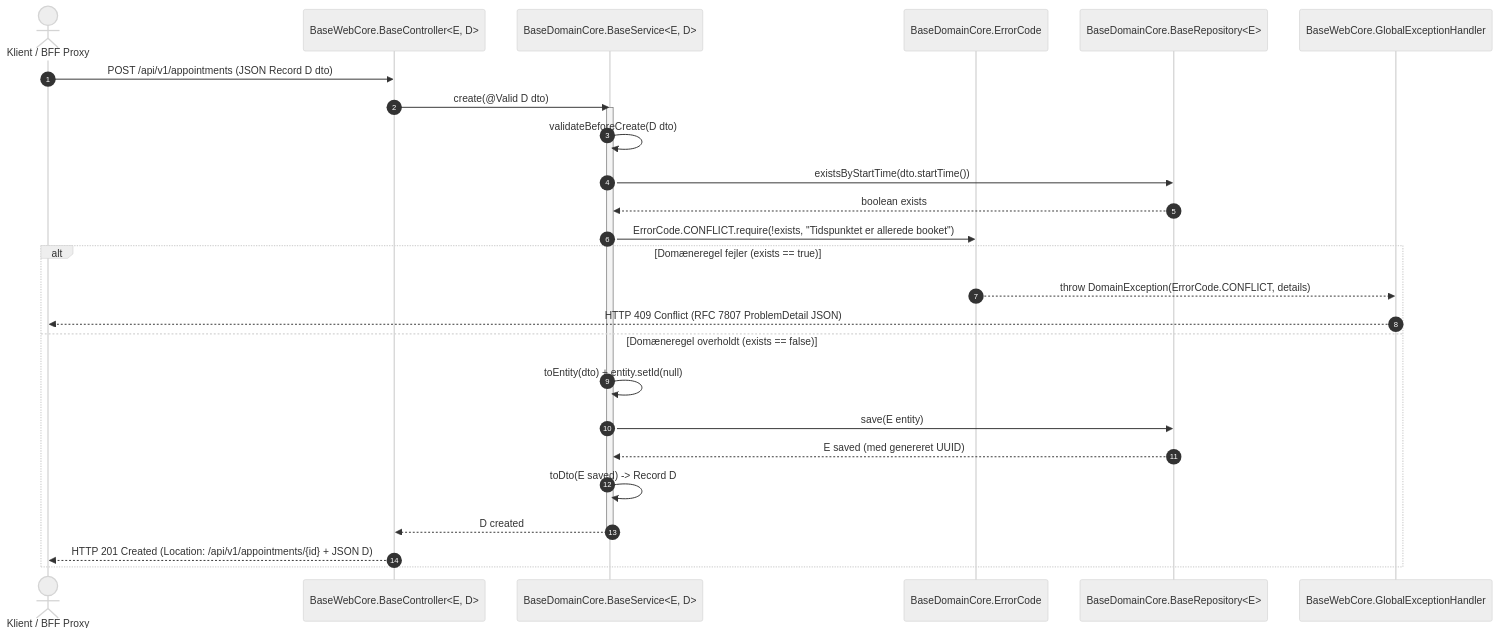
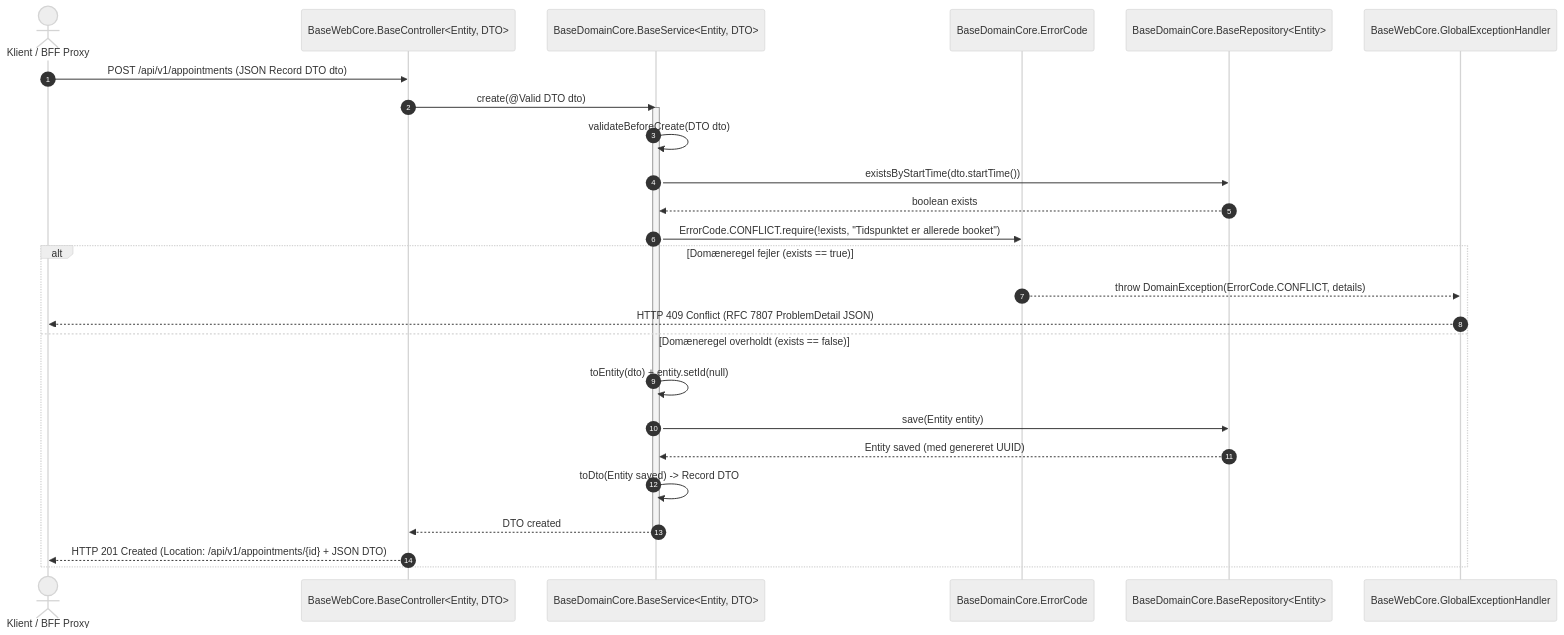
The tenth of 24 diagrams in HOVEDOPGAVE_DIAGRAMMER.md (7-3-N-3-7/api), drawn with Mermaid (neutral theme) before and after one commit. The commit also changed other lines of this file and 64 other files, not shown here.

First line of the commit message:
fix github pages diagrams (#104)

````diff
--- a/HOVEDOPGAVE_DIAGRAMMER.md
+++ b/HOVEDOPGAVE_DIAGRAMMER.md
@@ -532,30 +532,30 @@
 ```mermaid
 sequenceDiagram
     autonumber
     actor Caller as Klient / BFF Proxy
-    participant Ctrl as BaseWebCore.BaseController<E, D>
-    participant Svc as BaseDomainCore.BaseService<E, D>
+    participant Ctrl as BaseWebCore.BaseController<Entity, DTO>
+    participant Svc as BaseDomainCore.BaseService<Entity, DTO>
     participant Guard as BaseDomainCore.ErrorCode
-    participant Repo as BaseDomainCore.BaseRepository<E>
+    participant Repo as BaseDomainCore.BaseRepository<Entity>
     participant Advice as BaseWebCore.GlobalExceptionHandler
 
-    Caller->>Ctrl: POST /api/v1/appointments (JSON Record D dto)
-    Ctrl->>Svc: create(@Valid D dto)
+    Caller->>Ctrl: POST /api/v1/appointments (JSON Record DTO dto)
+    Ctrl->>Svc: create(@Valid DTO dto)
     activate Svc
-    Svc->>Svc: validateBeforeCreate(D dto)
+    Svc->>Svc: validateBeforeCreate(DTO dto)
     Svc->>Repo: existsByStartTime(dto.startTime())
     Repo-->>Svc: boolean exists
     Svc->>Guard: ErrorCode.CONFLICT.require(!exists, "Tidspunktet er allerede booket")
     alt Domæneregel fejler (exists == true)
         Guard-->>Advice: throw DomainException(ErrorCode.CONFLICT, details)
         Advice-->>Caller: HTTP 409 Conflict (RFC 7807 ProblemDetail JSON)
     else Domæneregel overholdt (exists == false)
         Svc->>Svc: toEntity(dto) + entity.setId(null)
-        Svc->>Repo: save(E entity)
-        Repo-->>Svc: E saved (med genereret UUID)
-        Svc->>Svc: toDto(E saved) -> Record D
-        Svc-->>Ctrl: D created
+        Svc->>Repo: save(Entity entity)
+        Repo-->>Svc: Entity saved (med genereret UUID)
+        Svc->>Svc: toDto(Entity saved) -> Record DTO
+        Svc-->>Ctrl: DTO created
         deactivate Svc
-        Ctrl-->>Caller: HTTP 201 Created (Location: /api/v1/appointments/{id} + JSON D)
+        Ctrl-->>Caller: HTTP 201 Created (Location: /api/v1/appointments/{id} + JSON DTO)
     end
 ```
````
